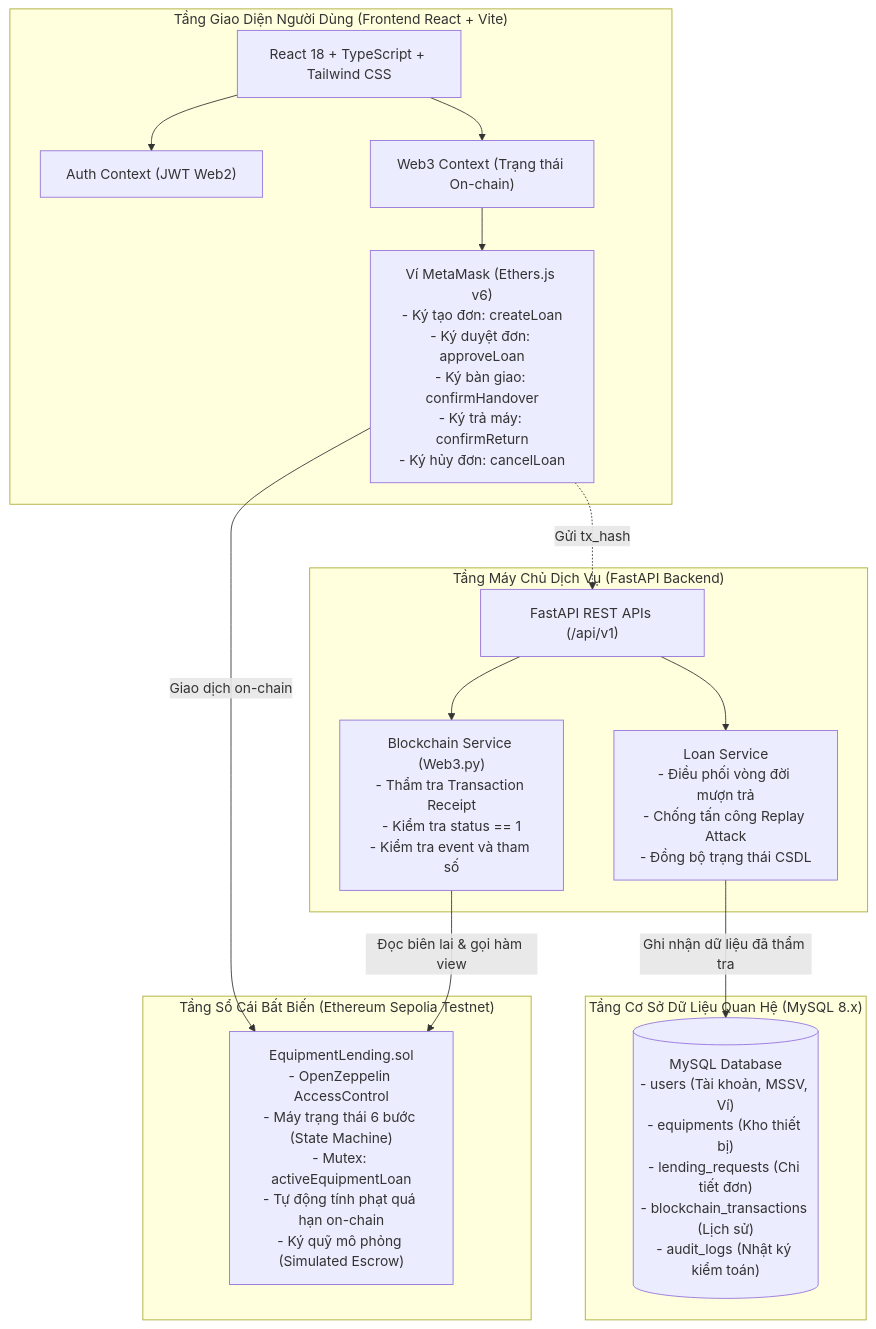
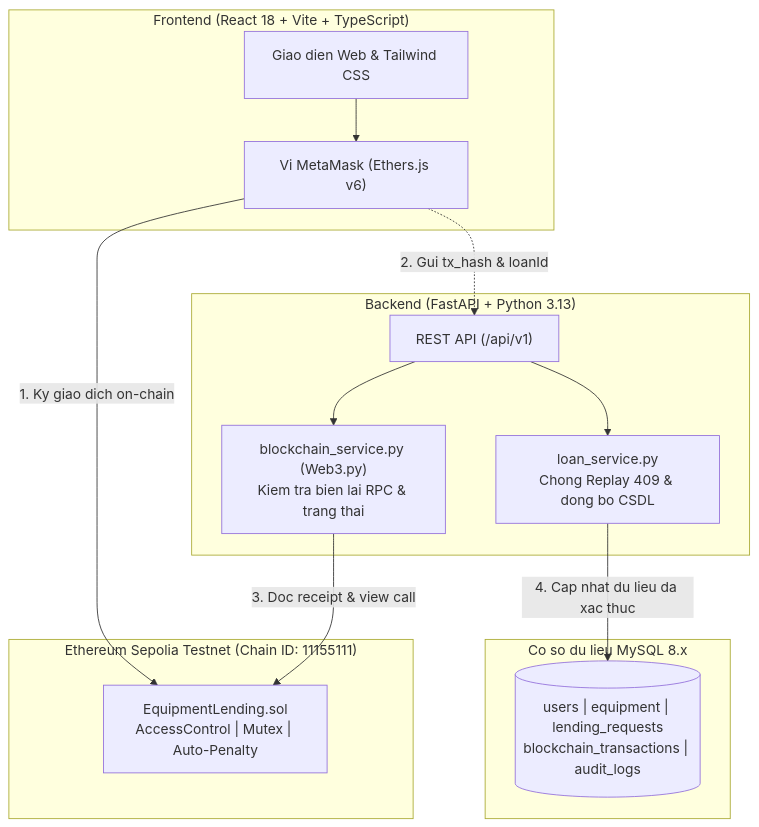
Before and after one commit to NguyenThanhDuy42124/EduVault: the diagram in README.md, drawn with Mermaid. The commit also changed other lines of this file and 9 other files, not shown here.

Commit message:
fix(blockchain): handle RPC state lag on createLoan verify and refresh README/docs

````diff
--- a/README.md
+++ b/README.md
@@ -34,33 +35,29 @@
 ```mermaid
 flowchart TD
-    subgraph ClientLayer ["Tầng Giao Diện Người Dùng (Frontend React + Vite)"]
-        UI["React 18 + TypeScript + Tailwind CSS"]
-        MetaMask["Ví MetaMask (Ethers.js v6)\n- Ký tạo đơn: createLoan\n- Ký duyệt đơn: approveLoan\n- Ký bàn giao: confirmHandover\n- Ký trả máy: confirmReturn\n- Ký hủy đơn: cancelLoan"]
-        AuthContext["Auth Context (JWT Web2)"]
-        Web3Context["Web3 Context (Trạng thái On-chain)"]
-        UI --> AuthContext
-        UI --> Web3Context
-        Web3Context --> MetaMask
+    subgraph Client ["Frontend (React 18 + Vite + TypeScript)"]
+        UI["Giao dien Web & Tailwind CSS"]
+        MetaMask["Vi MetaMask (Ethers.js v6)"]
+        UI --> MetaMask
     end
 
-    subgraph BlockchainLayer ["Tầng Sổ Cái Bất Biến (Ethereum Sepolia Testnet)"]
-        SmartContract["EquipmentLending.sol\n- OpenZeppelin AccessControl\n- Máy trạng thái 6 bước (State Machine)\n- Mutex: activeEquipmentLoan\n- Tự động tính phạt quá hạn on-chain\n- Ký quỹ mô phỏng (Simulated Escrow)"]
+    subgraph Chain ["Ethereum Sepolia Testnet (Chain ID: 11155111)"]
+        Contract["EquipmentLending.sol\nAccessControl | Mutex | Auto-Penalty"]
     end
 
-    subgraph BackendLayer ["Tầng Máy Chủ Dịch Vụ (FastAPI Backend)"]
-        API["FastAPI REST APIs (/api/v1)"]
-        BlockchainService["Blockchain Service (Web3.py)\n- Thẩm tra Transaction Receipt\n- Kiểm tra status == 1\n- Kiểm tra event và tham số"]
-        LoanService["Loan Service\n- Điều phối vòng đời mượn trả\n- Chống tấn công Replay Attack\n- Đồng bộ trạng thái CSDL"]
-        API --> BlockchainService
-        API --> LoanService
+    subgraph Server ["Backend (FastAPI + Python 3.13)"]
+        API["REST API (/api/v1)"]
+        Verifier["blockchain_service.py (Web3.py)\nKiem tra bien lai RPC & trang thai"]
+        LoanSvc["loan_service.py\nChong Replay 409 & dong bo CSDL"]
+        API --> Verifier
+        API --> LoanSvc
     end
 
-    subgraph DatabaseLayer ["Tầng Cơ Sở Dữ Liệu Quan Hệ (MySQL 8.x)"]
-        MySQL[("MySQL Database\n- users (Tài khoản, MSSV, Ví)\n- equipments (Kho thiết bị)\n- lending_requests (Chi tiết đơn)\n- blockchain_transactions (Lịch sử)\n- audit_logs (Nhật ký kiểm toán)")]
+    subgraph DB ["Co so du lieu MySQL 8.x"]
+        MySQL[("users | equipment | lending_requests\nblockchain_transactions | audit_logs")]
     end
 
-    MetaMask -->|Giao dịch on-chain| SmartContract
-    MetaMask -.->|Gửi tx_hash| API
-    BlockchainService -->|Đọc biên lai & gọi hàm view| SmartContract
-    LoanService -->|Ghi nhận dữ liệu đã thẩm tra| MySQL
+    MetaMask -->|"1. Ky giao dich on-chain"| Contract
+    MetaMask -.->|"2. Gui tx_hash & loanId"| API
+    Verifier -->|"3. Doc receipt & view call"| Contract
+    LoanSvc -->|"4. Cap nhat du lieu da xac thuc"| MySQL
 ```
````
